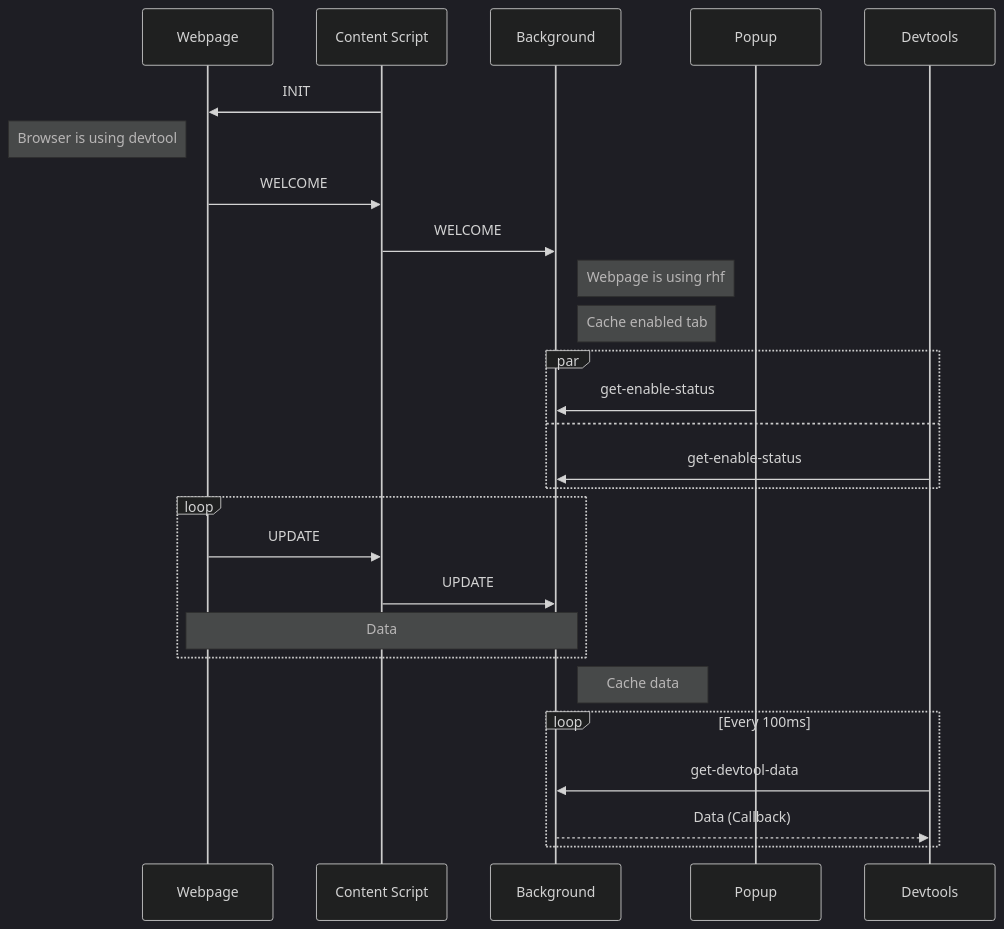
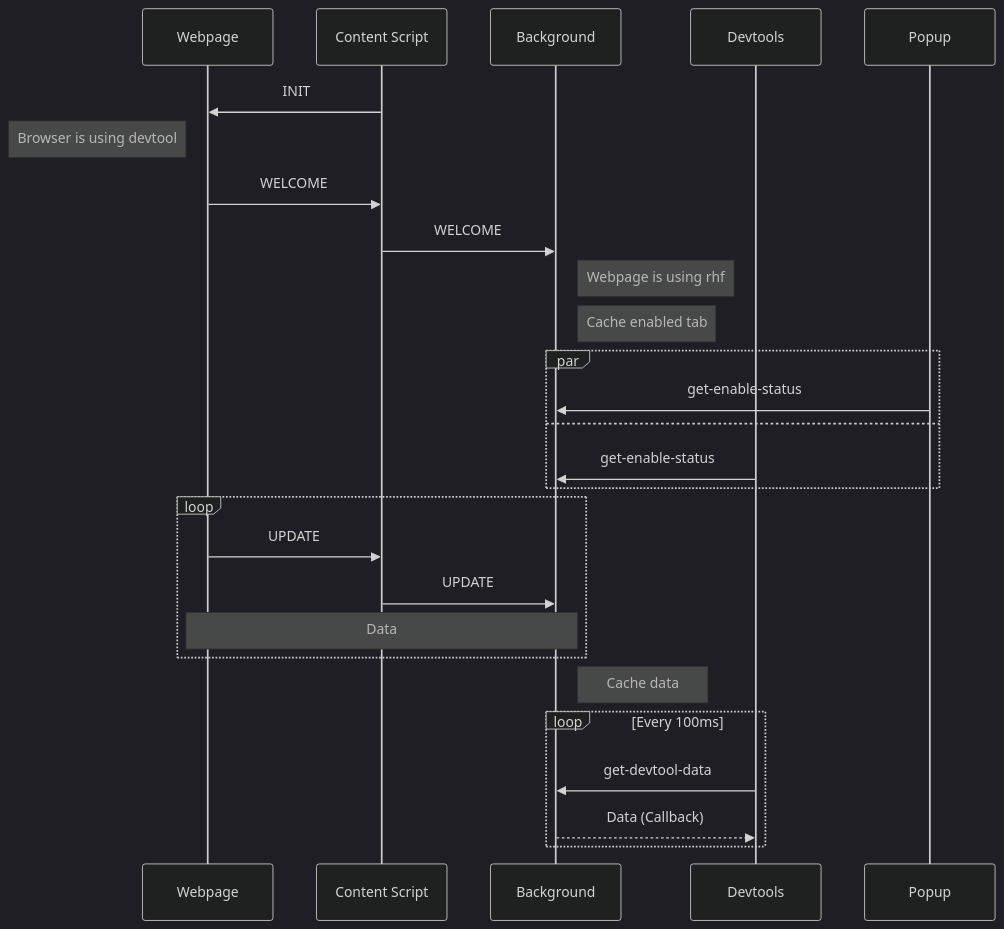
One commit to react-hook-form/devtools-extension changed the diagram in README.md. Above: the diagram before and after it, drawn with Mermaid (dark theme). The commit also changed other lines of this file, not shown here.

Commit message:
docs(messaging-flow): reverse devtools and popup

````diff
--- a/README.md
+++ b/README.md
@@ -45,29 +45,29 @@
 ```mermaid
 sequenceDiagram
   participant Webpage
   participant Content Script
   participant Background
+  participant Devtools
   participant Popup
-  participant Devtools
   Content Script->>Webpage: INIT
   Note left of Webpage: Browser is using devtool
   Webpage->>Content Script: WELCOME
   Content Script->>Background: WELCOME
   Note right of Background: Webpage is using rhf
   Note right of Background: Cache enabled tab
   par
     Popup->>Background: get-enable-status
   and
     Devtools->>Background: get-enable-status
   end
   loop
     Webpage->>Content Script: UPDATE
     Content Script->>Background: UPDATE
     Note over Webpage,Background: Data
   end
   Note right of Background: Cache data
   loop Every 100ms
     Devtools->>Background: get-devtool-data
     Background-->>Devtools: Data (Callback)
   end
 ```
````
